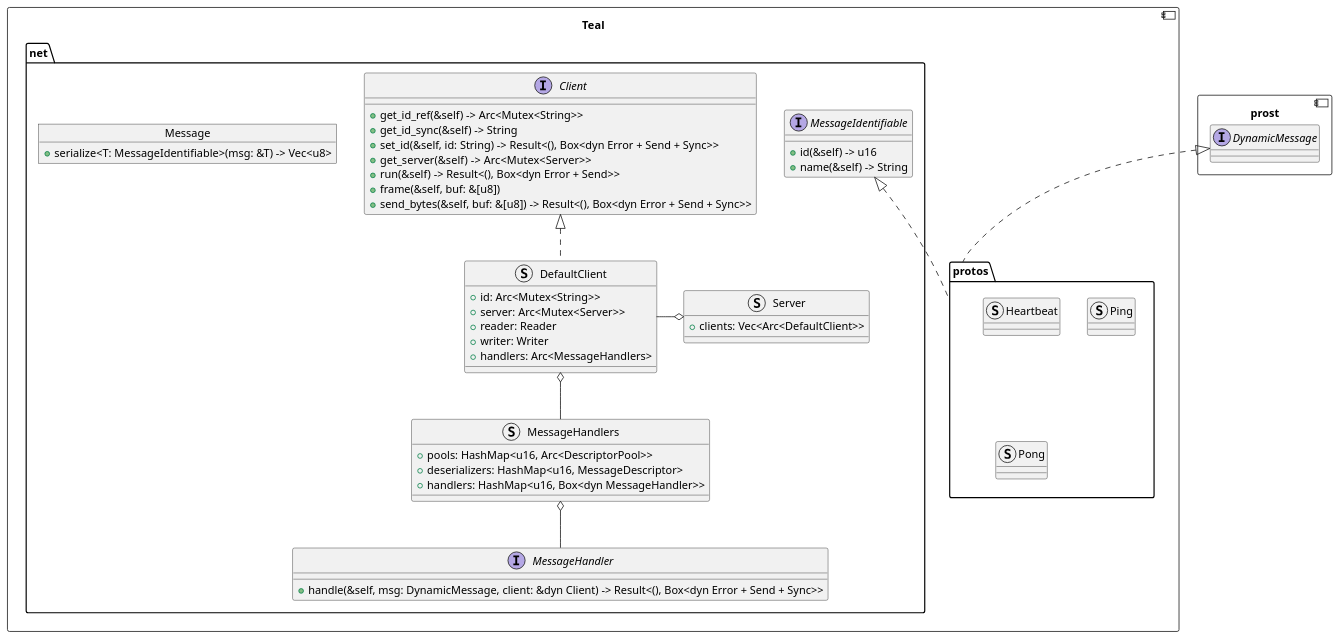
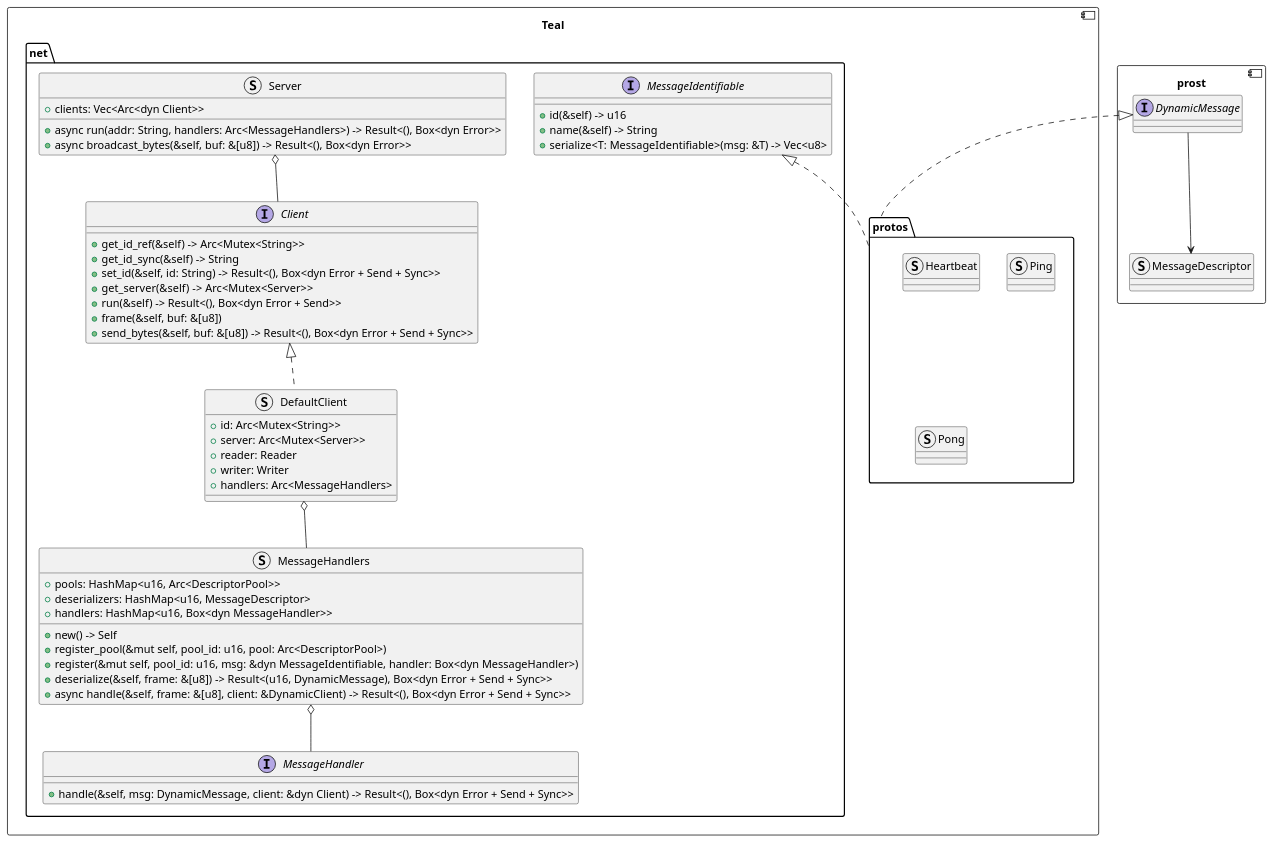
Before and after one commit to Souchy/RustProject: the diagram in docs/diagrams/module_teal.puml, drawn with PlantUML. The commit also changed 15 other files, not shown here.

Commit message:
Diagrammes

```diff
--- a/docs/diagrams/module_teal.puml
+++ b/docs/diagrams/module_teal.puml
@@ -1,62 +1,64 @@
-@startuml vue-module
+@startuml Teal
 
 component prost {
-	interface DynamicMessage {
-
-	}
+	interface "DynamicMessage" as p_dn {}
+	struct "MessageDescriptor" as p_md {}
+	p_dn --> p_md
 }
 
 component Teal {
 	package net {
 		interface "Client" as client {
 			+get_id_ref(&self) -> Arc<Mutex<String>>
 			+get_id_sync(&self) -> String
 			+set_id(&self, id: String) -> Result<(), Box<dyn Error + Send + Sync>>
 			+get_server(&self) ->  Arc<Mutex<Server>>
 			+run(&self) -> Result<(), Box<dyn Error + Send>>
 			+frame(&self, buf: &[u8])
 			+send_bytes(&self, buf: &[u8]) -> Result<(), Box<dyn Error + Send + Sync>>
 		}
-		interface "MessageIdentifiable" as mi {
-			+id(&self) -> u16
-			+name(&self) -> String
-		}
-		object Message {
-			+serialize<T: MessageIdentifiable>(msg: &T) -> Vec<u8>
-		}
 		struct "DefaultClient" as dc {
 			+id: Arc<Mutex<String>>
 			+server: Arc<Mutex<Server>>
 			+reader: Reader
 			+writer: Writer
 			+handlers: Arc<MessageHandlers>
+		}
+		interface "MessageIdentifiable" as mi {
+			+id(&self) -> u16
+			+name(&self) -> String
+			+serialize<T: MessageIdentifiable>(msg: &T) -> Vec<u8>
 		}
 		interface "MessageHandler" as mh {
 			+handle(&self, msg: DynamicMessage, client: &dyn Client) -> Result<(), Box<dyn Error + Send + Sync>>
 		}
 		struct "MessageHandlers" as mhs {
 			+pools: HashMap<u16, Arc<DescriptorPool>>
 			+deserializers: HashMap<u16, MessageDescriptor>
 			+handlers: HashMap<u16, Box<dyn MessageHandler>>
+
+			+new() -> Self
+			+register_pool(&mut self, pool_id: u16, pool: Arc<DescriptorPool>)
+			+register(&mut self, pool_id: u16, msg: &dyn MessageIdentifiable, handler: Box<dyn MessageHandler>)
+			+deserialize(&self, frame: &[u8]) -> Result<(u16, DynamicMessage), Box<dyn Error + Send + Sync>> 
+			+async handle(&self, frame: &[u8], client: &DynamicClient) -> Result<(), Box<dyn Error + Send + Sync>>
 		}
 		struct "Server" as server {
-			+clients: Vec<Arc<DefaultClient>>
+			+clients: Vec<Arc<dyn Client>>
+			+async run(addr: String, handlers: Arc<MessageHandlers>) -> Result<(), Box<dyn Error>>
+			+async broadcast_bytes(&self, buf: &[u8]) -> Result<(), Box<dyn Error>>
 		}
 		dc .up.|> client
-		dc -right-o server
+		client -up-o server
 		mh -up-o mhs
 		dc o-- mhs
 	}
 	package protos {
 		struct "Heartbeat" as heartbeat
 		struct "Ping" as ping
 		struct "Pong" as pong
 	}
-	' ping .up.|> mi
-	' pong .up.|> mi
-	' heartbeat .up.|> mi
 	protos .up.|> mi
-	protos .up.|> DynamicMessage
-	' mi <|.. ping
+	protos .up.|> p_dn
 }
 @enduml
```
